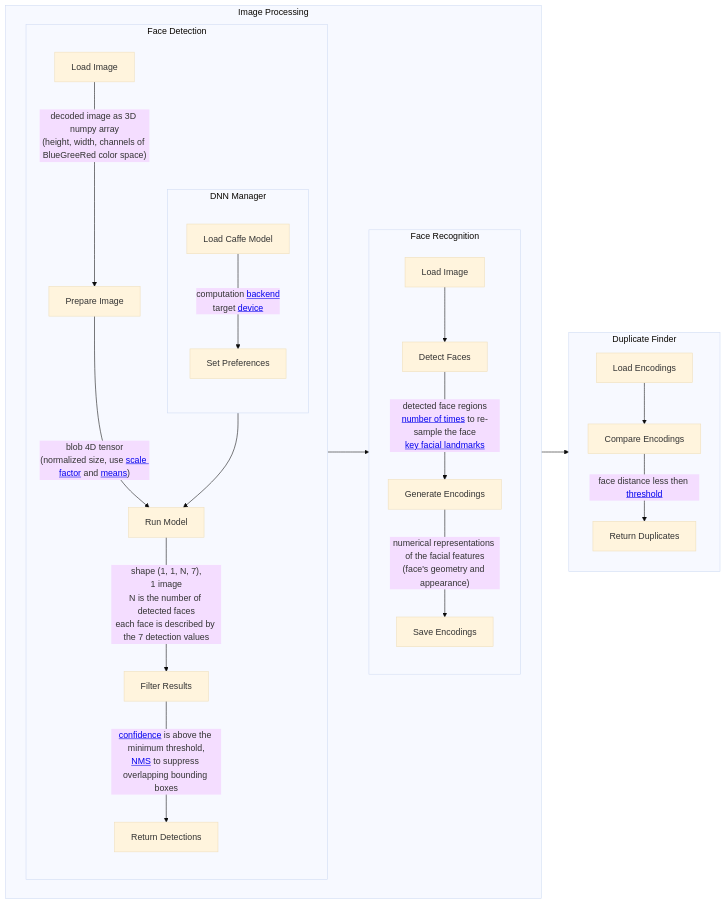
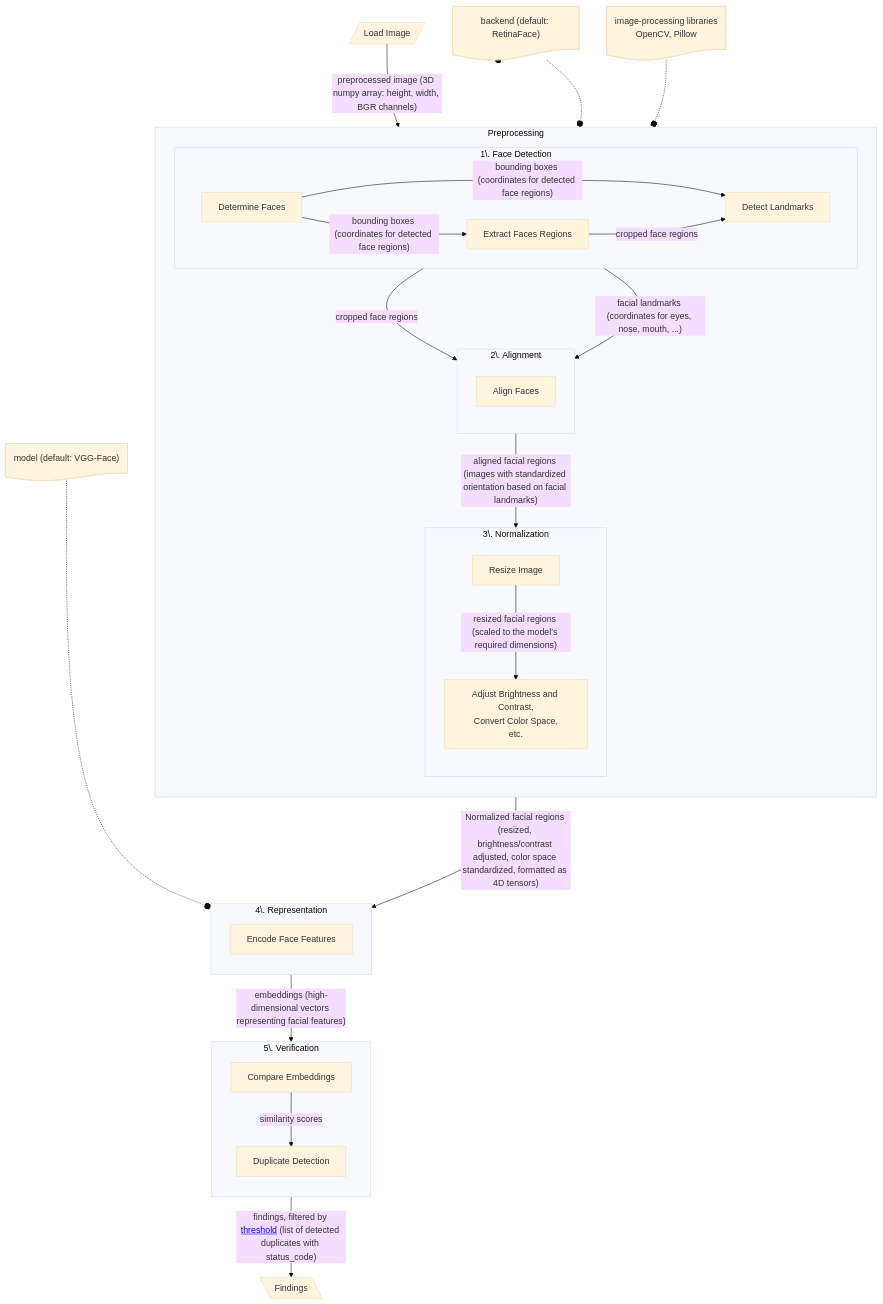
The diagram in docs/src/did/workflow.md (unicef/hope-dedup-engine), drawn with Mermaid (base theme) before and after one commit. The commit also changed other lines of this file and 6 other files, not shown here.

````diff
--- a/docs/src/did/workflow.md
+++ b/docs/src/did/workflow.md
@@ -70,33 +87,68 @@
 ```mermaid
-flowchart LR
-  subgraph ImageProcessing[Image Processing]
-      direction LR
-      
-      subgraph FaceDetection[Face Detection]
+flowchart TB
 
-        subgraph DNNManager[DNN Manager]
-            direction TB
-            load_model[Load Caffe Model] -- computation <a href="../config/#dnn_backend">backend</a>\ntarget <a href="../config/#dnn_target">device</a>  --> set_preferences[Set Preferences]
-        end
-          
-          DNNManager --> run_model
-
-          direction TB
-          load_image[Load Image] -- decoded image as 3D numpy array\n(height, width, channels of BlueGreeRed color space) --> prepare_image[Prepare Image] -- blob 4D tensor\n(normalized size, use <a href="../config/#blob_from_image_scale_factor">scale factor</a> and <a href="../config/#blob_from_image_mean_values">means</a>) --> run_model[Run Model] -- shape (1, 1, N, 7),\n1 image\nN is the number of detected faces\neach face is described by the 7 detection values--> filter_results[Filter Results] -- <a href="../config/#face_detection_confidence">confidence</a> is above the minimum threshold,\n<a href="../config/#nms_threshold">NMS</a> to suppress overlapping bounding boxes --> return_detections[Return Detections]
-      end
-      
-      subgraph FaceRecognition[Face Recognition]
-          direction TB
-          load_image_[Load Image] --> detect_faces[Detect Faces] -- detected face regions\n<a href="../config/#face_encodings_num_jitters">number of times</a> to re-sample the face\n<a href="../config/#face_encodings_model">key facial landmarks</a> --> generate_encodings[Generate Encodings] -- numerical representations of the facial features\n(face's geometry and appearance) --> save_encodings[Save Encodings]
-      end
+ subgraph FaceDetection["1\. Face Detection"]
+    direction LR
+        extract_faces["Extract Faces Regions"]
+        determine_faces["Determine Faces"]
+        detect_landmarks["Detect Landmarks"]
   end
 
-  subgraph DuplicateFinder[Duplicate Finder]
-      direction TB
-      load_encodings[Load Encodings] --> compare_encodings[Compare Encodings] -- face distance less then <a href="../config/#face_distance_threshold">threshold</a> --> return_duplicates[Return Duplicates]
+ subgraph Alignment["2\. Alignment"]
+    direction TB
+        align_faces["Align Faces"]
   end
 
-  ImageProcessing --> DuplicateFinder
-  FaceDetection --> FaceRecognition
+ subgraph Normalization["3\. Normalization"]
+    direction TB
+        normalize_image["Adjust Brightness and Contrast,<br>Convert Color Space,<br>etc."]
+        resize_image["Resize Image"]
+  end
 
+ subgraph Preprocessing["Preprocessing"]
+    direction TB
+        FaceDetection
+        Alignment
+        Normalization
+  end
+
+ subgraph Representation["4\. Representation"]
+    direction TB
+        extract_features["Encode Face Features"]
+  end
+
+ subgraph Verification["5\. Verification"]
+    direction TB
+        duplicate_detection["Duplicate Detection"]
+        compare_embeddings["Compare Embeddings"]
+  end
+
+    determine_faces -- bounding boxes (coordinates for detected face regions)--> extract_faces
+    determine_faces -- bounding boxes (coordinates for detected face regions) --> detect_landmarks
+    extract_faces -- cropped face regions --> detect_landmarks
+    extract_faces -- cropped face regions --> Alignment
+    detect_landmarks -- facial landmarks (coordinates for eyes, nose, mouth, ...) --> Alignment
+    resize_image -- resized facial regions (scaled to the model's required dimensions) --> normalize_image
+    compare_embeddings -- similarity scores --> duplicate_detection
+
+    Alignment -- aligned facial regions (images with standardized orientation based on facial landmarks) --> Normalization
+    Normalization -- Normalized facial regions (resized, brightness/contrast adjusted, color space standardized, formatted as 4D tensors) --> Representation
+    Representation -- embeddings (high-dimensional vectors representing facial features) --> Verification
+
+    backend(["backend (default: RetinaFace)"]) .-o FaceDetection & Alignment
+    backend@{ shape: doc}
+    click backend "../config/#detector_backend"
+
+    image_libraries(["image-processing libraries<br>OpenCV, Pillow"]) .-o Normalization
+    image_libraries@{ shape: doc}
+
+    model(["model (default: VGG-Face)"]) .-o Representation
+    model@{ shape: doc}
+    click model "../config/#model_name"
+
+    load_image["Load Image"] -- preprocessed image (3D numpy array: height, width, BGR channels) --> determine_faces
+    load_image@{ shape: in-out}
+
+    duplicate_detection -- findings, filtered by <a href="../config/#face_distance_threshold">threshold</a> (list of detected duplicates with status_code) --> Findings["Findings"]
+    Findings@{ shape: out-in}
 ```
````
